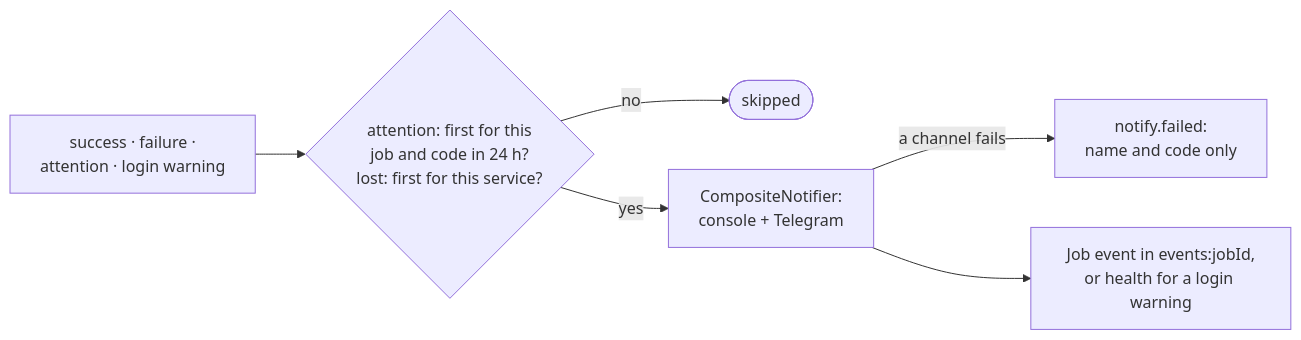
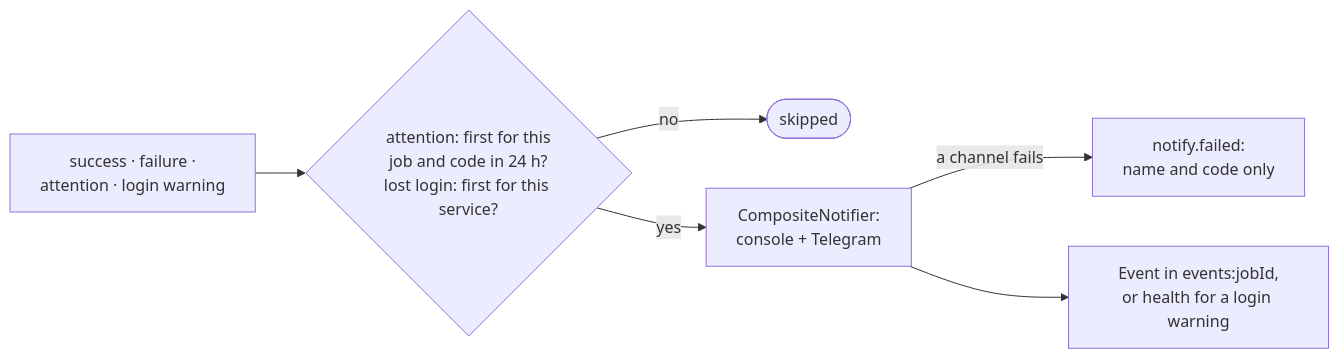
The fifth of 6 diagrams in workspaces/apps/notion-backup-automation/docs/backup-lifecycle.md (itemka/nodejs-backend-mastery), drawn with Mermaid before and after one commit. The commit also changed other lines of this file and 6 other files, not shown here.

````diff
--- a/workspaces/apps/notion-backup-automation/docs/backup-lifecycle.md
+++ b/workspaces/apps/notion-backup-automation/docs/backup-lifecycle.md
@@ -93,8 +124,8 @@
 ```mermaid
 flowchart LR
-  Event[success · failure ·<br/>attention · login warning] --> Gate{attention: first for this<br/>job and code in 24 h?<br/>lost: first for this service?}
+  Event[success · failure ·<br/>attention · login warning] --> Gate{attention: first for this<br/>job and code in 24 h?<br/>lost login: first for this service?}
   Gate -->|no| Skip([skipped])
   Gate -->|yes| Fan[CompositeNotifier:<br/>console + Telegram]
   Fan -->|a channel fails| Logged[notify.failed:<br/>name and code only]
-  Fan --> Record[Job event in events:jobId,<br/>or health for a login warning]
+  Fan --> Record[Event in events:jobId,<br/>or health for a login warning]
 ```
````
